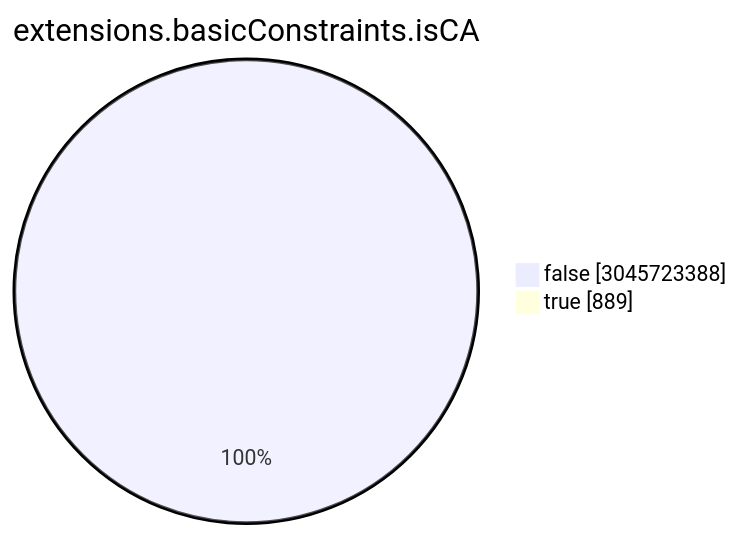
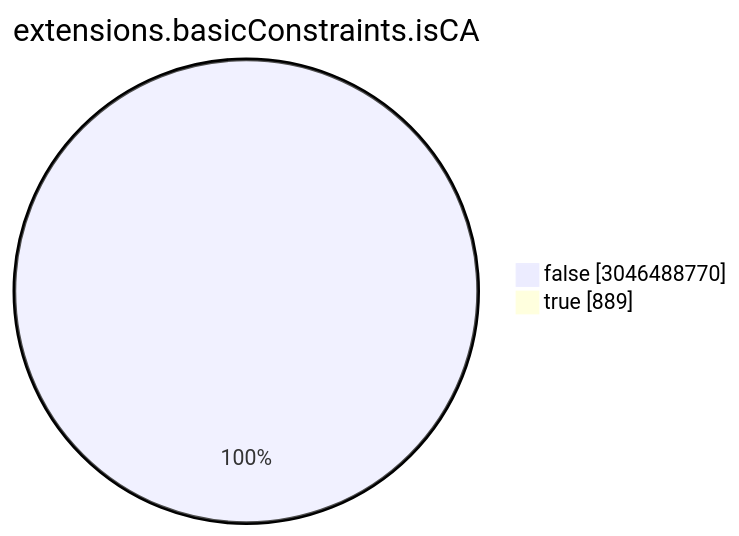
The seventh of 15 diagrams in TOTAL/README.md (christiankrug/ctmonitor_visualization), drawn with Mermaid before and after one commit. The commit also changed other lines of this file, not shown here.

````diff
--- a/TOTAL/README.md
+++ b/TOTAL/README.md
@@ -3086,6 +3086,6 @@
 ```mermaid
 pie showData
 title extensions.basicConstraints.isCA
-"false" :3045723388
+"false" :3046488770
 "true" :889
 ```
````
